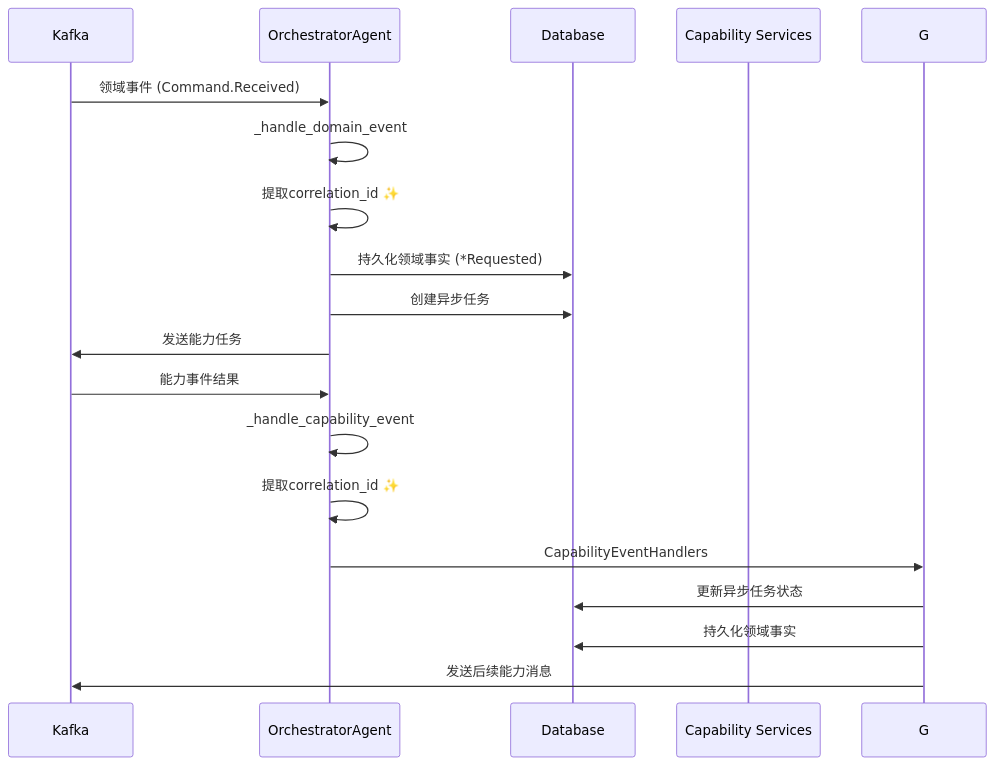
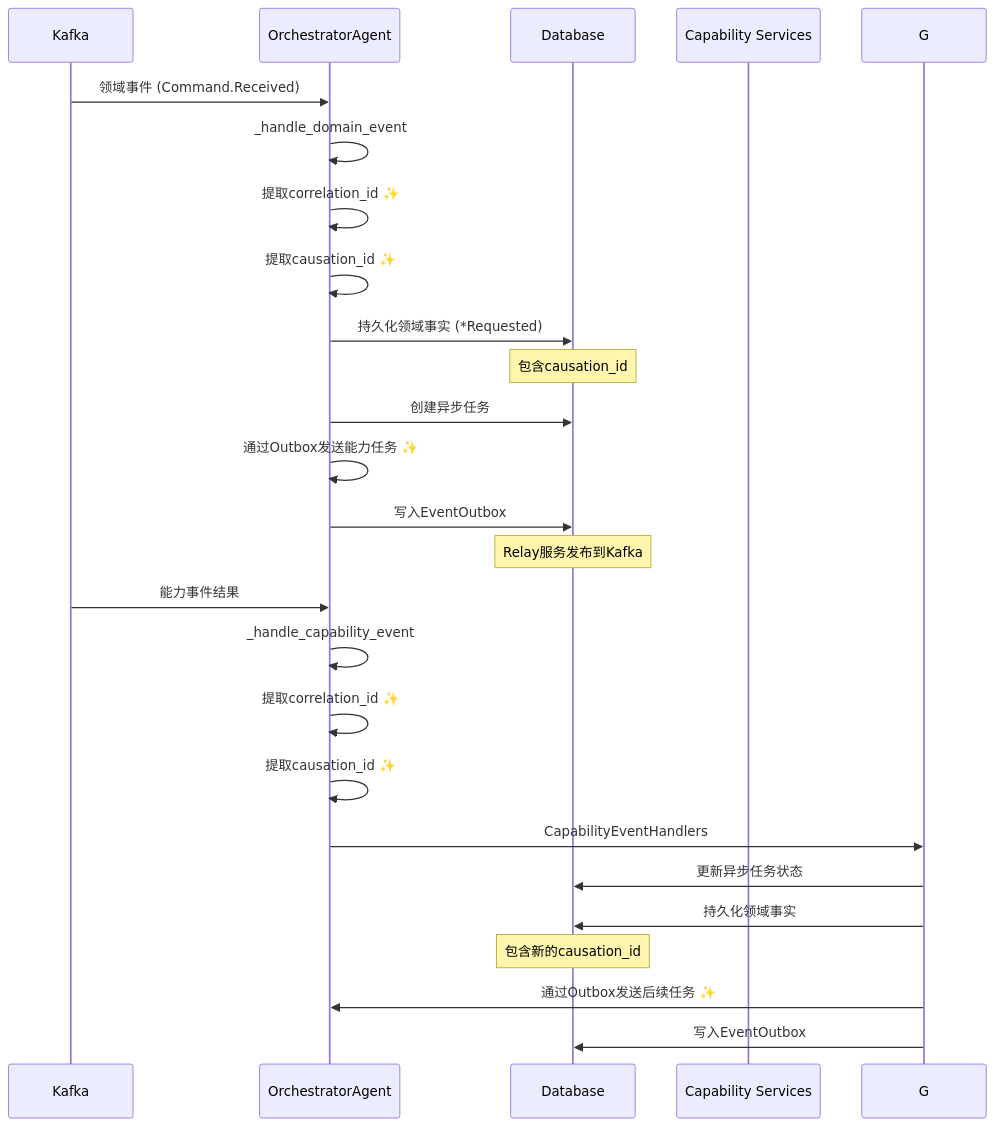
The second of 10 diagrams in apps/backend/src/agents/orchestrator/README.md (zhiyue/infinite-scribe), drawn with Mermaid before and after one commit. The commit also changed other lines of this file, not shown here.

````diff
--- a/apps/backend/src/agents/orchestrator/README.md
+++ b/apps/backend/src/agents/orchestrator/README.md
@@ -65,22 +65,29 @@
 ```mermaid
 sequenceDiagram
     participant K as Kafka
     participant O as OrchestratorAgent
     participant DB as Database
     participant C as Capability Services
     
     K->>O: 领域事件 (Command.Received)
     O->>O: _handle_domain_event
     O->>O: 提取correlation_id ✨
+    O->>O: 提取causation_id ✨
     O->>DB: 持久化领域事实 (*Requested)
+    Note over DB: 包含causation_id
     O->>DB: 创建异步任务
-    O->>K: 发送能力任务
+    O->>O: 通过Outbox发送能力任务 ✨
+    O->>DB: 写入EventOutbox
+    Note over DB: Relay服务发布到Kafka
     
     K->>O: 能力事件结果
     O->>O: _handle_capability_event
     O->>O: 提取correlation_id ✨
+    O->>O: 提取causation_id ✨
     O->>G: CapabilityEventHandlers
     G->>DB: 更新异步任务状态
     G->>DB: 持久化领域事实
-    G->>K: 发送后续能力消息
+    Note over DB: 包含新的causation_id
+    G->>O: 通过Outbox发送后续任务 ✨
+    G->>DB: 写入EventOutbox
 ```
````
